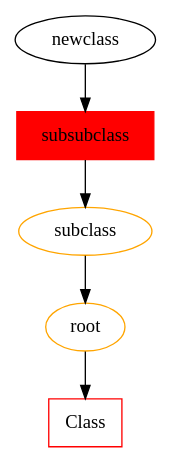
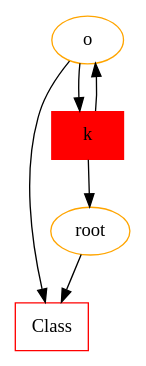
The diagram in src/Digraph.gv (heinz-preisig/PeriConto_generic), drawn with Graphviz before and after one commit. The commit also changed 2 other files, not shown here.

```diff
--- a/src/Digraph.gv
+++ b/src/Digraph.gv
@@ -1,10 +1,12 @@
 digraph {
-	subsubclass [color=red fillcolor=red shape=rectangle style=filled]
+	Class [color=red fillcolor=white shape=rectangle style=filled]
+	o [color=orange fillcolor=white shape="" style=filled]
 	root [color=orange fillcolor=white shape="" style=filled]
-	subclass [color=orange fillcolor=white shape="" style=filled]
-	Class [color=red fillcolor=white shape=rectangle style=filled]
-	newclass -> subsubclass
-	subclass -> root
-	subsubclass -> subclass
+	k [color=red fillcolor=red shape=rectangle style=filled]
+	Class
 	root -> Class
+	k -> o
+	k -> root
+	o -> k
+	o -> Class
 }
```
